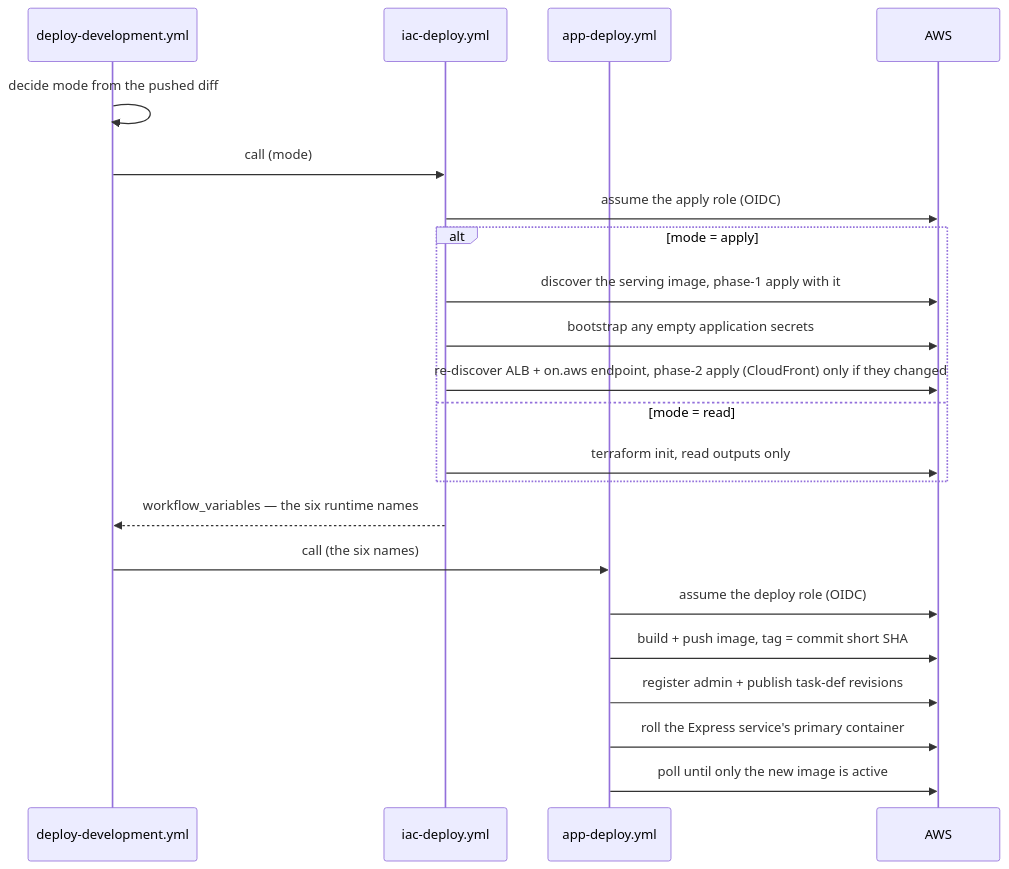
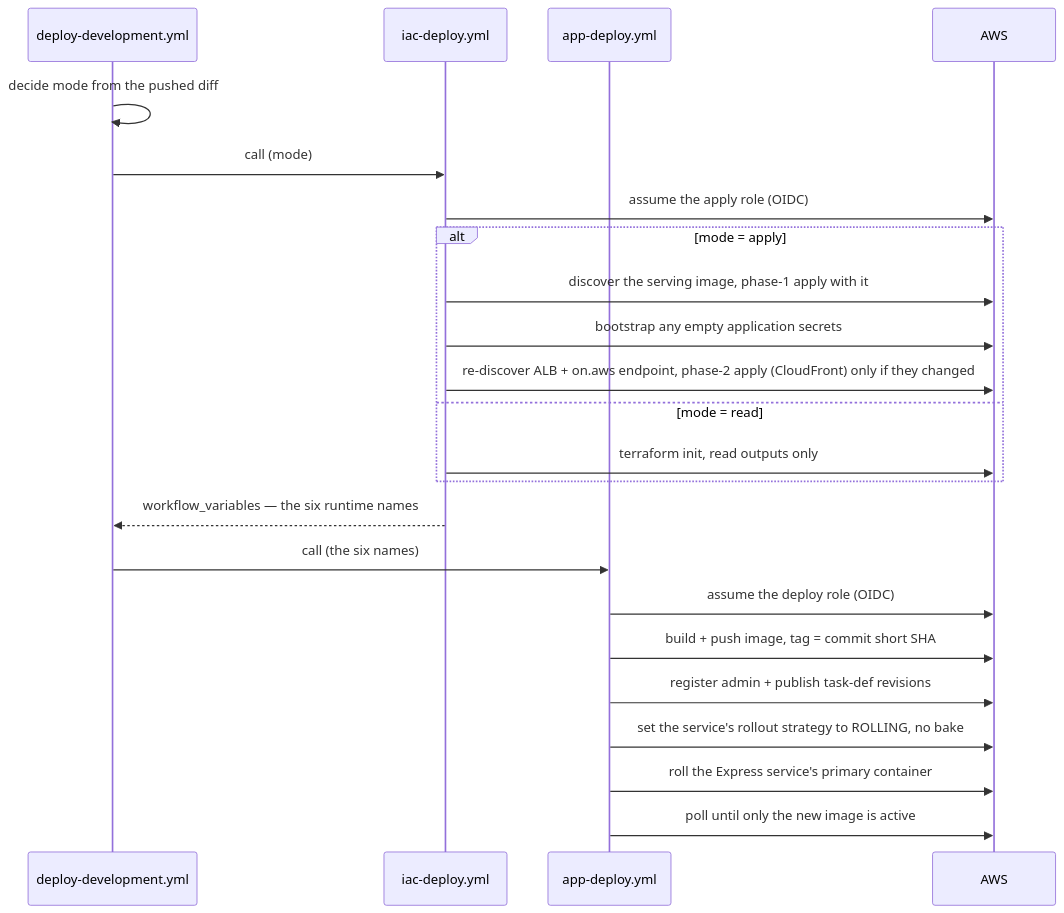
Before and after one commit to NASA-IMPACT/MMGIS: the first of 2 diagrams in docs/infrastructure/pipelines.md, drawn with Mermaid. The commit also changed 2 other files, not shown here.

Commit message:
Deploy the admin service with ROLLING instead of CANARY
The Express Mode default rollout is CANARY (5%, 3 min canary bake, 3 min
final bake). The admin container serves no public traffic, so the bakes
watched nothing and cost about 6 of the ~11 minutes per rollout.

app-deploy.yml now sets the service's deployment configuration to
ROLLING with no bake before rolling the image, keeping the circuit
breaker and the RollbackAlarm (both enable + rollback) and the live
max/min percents. It reads the strategy back and fails if ECS did not
accept it. Neither Terraform nor update-express-gateway-service can set
this, so the step uses update-service, and the deploy role gains
ecs:UpdateService on its own admin service.

````diff
--- a/docs/infrastructure/pipelines.md
+++ b/docs/infrastructure/pipelines.md
@@ -39,25 +39,26 @@
 ```mermaid
 sequenceDiagram
     participant T as deploy-development.yml
     participant I as iac-deploy.yml
     participant A as app-deploy.yml
     participant AWS as AWS
 
     T->>T: decide mode from the pushed diff
     T->>I: call (mode)
     I->>AWS: assume the apply role (OIDC)
     alt mode = apply
         I->>AWS: discover the serving image, phase-1 apply with it
         I->>AWS: bootstrap any empty application secrets
         I->>AWS: re-discover ALB + on.aws endpoint, phase-2 apply (CloudFront) only if they changed
     else mode = read
         I->>AWS: terraform init, read outputs only
     end
     I-->>T: workflow_variables — the six runtime names
     T->>A: call (the six names)
     A->>AWS: assume the deploy role (OIDC)
     A->>AWS: build + push image, tag = commit short SHA
     A->>AWS: register admin + publish task-def revisions
+    A->>AWS: set the service's rollout strategy to ROLLING, no bake
     A->>AWS: roll the Express service's primary container
     A->>AWS: poll until only the new image is active
 ```
````
